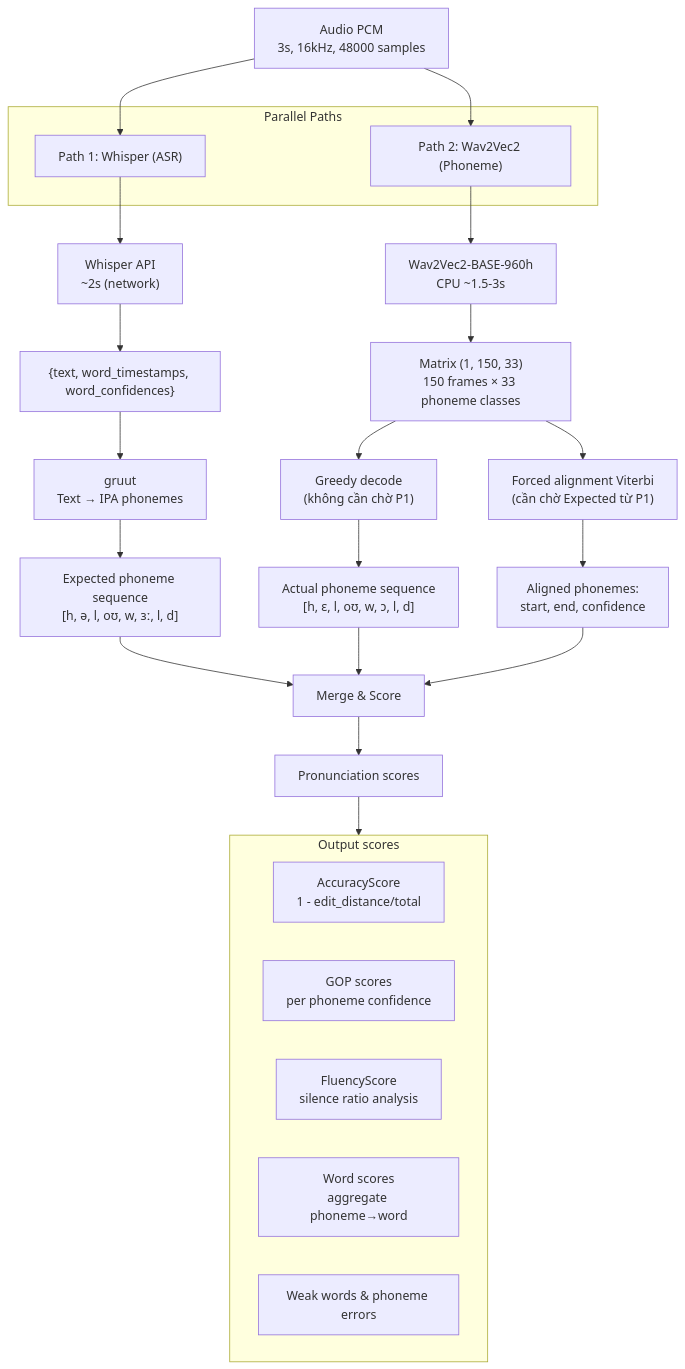
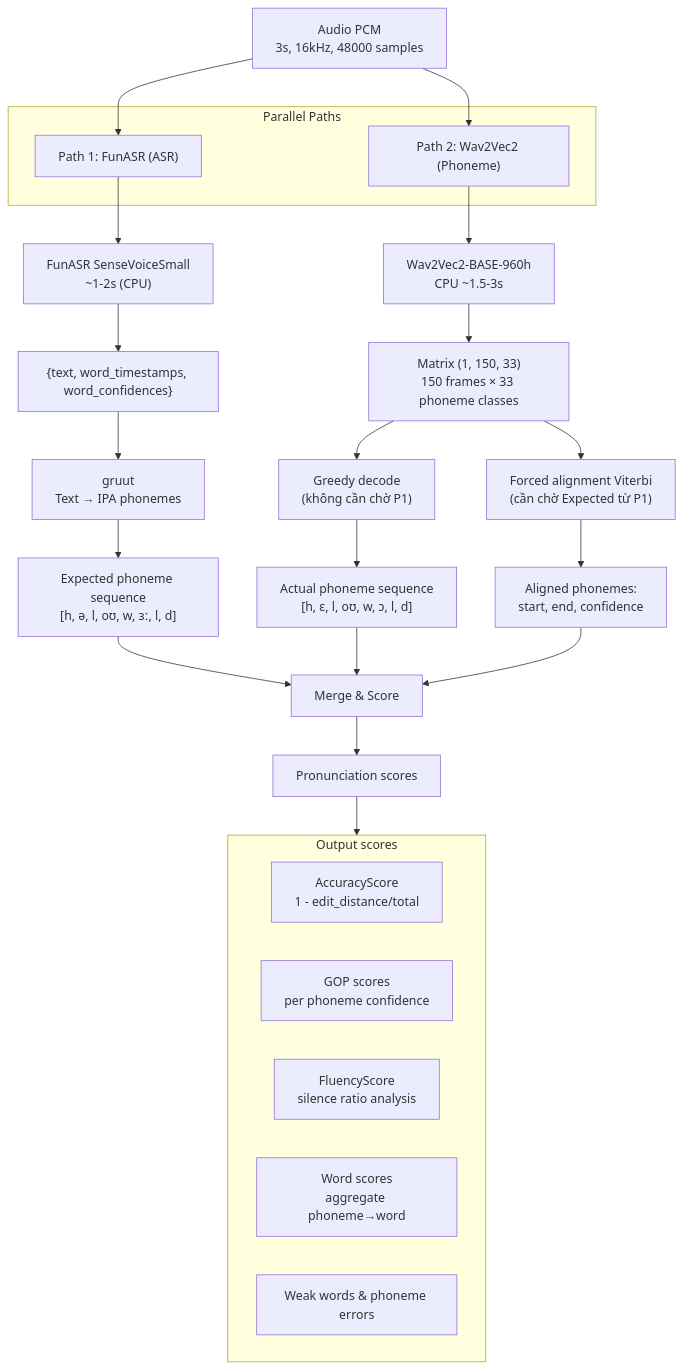
One commit to bexanhtuoi/E-Room changed the second of 3 diagrams in docs/pronunciation-workflow.md. Above: the diagram before and after it, drawn with Mermaid. The commit also changed other lines of this file and 17 other files, not shown here.

First line of the commit message:
feat: remove celery, sync mic mute with audio capture, update docs to match actual architecture

````diff
--- a/docs/pronunciation-workflow.md
+++ b/docs/pronunciation-workflow.md
@@ -19,40 +63,40 @@
 ```mermaid
 graph TD
     Audio["Audio PCM<br/>3s, 16kHz, 48000 samples"]
     
     subgraph Parallel["Parallel Paths"]
-        P1["Path 1: Whisper (ASR)"]
+        P1["Path 1: FunASR (ASR)"]
         P2["Path 2: Wav2Vec2 (Phoneme)"]
     end
     
     Audio --> P1
     Audio --> P2
     
-    P1 --> Whisper["Whisper API<br/>~2s (network)"]
-    Whisper --> Transcript["{text, word_timestamps, word_confidences}"]
+    P1 --> FunASR["FunASR SenseVoiceSmall<br/>~1-2s (CPU)"]
+    FunASR --> Transcript["{text, word_timestamps, word_confidences}"]
     Transcript --> Gruut["gruut<br/>Text → IPA phonemes"]
     Gruut --> Expected["Expected phoneme sequence<br/>[h, ə, l, oʊ, w, ɜː, l, d]"]
     
     P2 --> Wav2Vec2["Wav2Vec2-BASE-960h<br/>CPU ~1.5-3s"]
     Wav2Vec2 --> Matrix["Matrix (1, 150, 33)<br/>150 frames × 33 phoneme classes"]
     Matrix --> GreedyDecode["Greedy decode<br/>(không cần chờ P1)"]
     GreedyDecode --> Actual["Actual phoneme sequence<br/>[h, ɛ, l, oʊ, w, ɔ, l, d]"]
     Matrix --> ForcedAlign["Forced alignment Viterbi<br/>(cần chờ Expected từ P1)"]
     ForcedAlign --> Aligned["Aligned phonemes:<br/>start, end, confidence"]
     
     Expected --> Merge["Merge & Score"]
     Actual --> Merge
     Aligned --> Merge
     
     Merge --> Scores["Pronunciation scores"]
     
     subgraph Outputs["Output scores"]
         S1["AccuracyScore<br/>1 - edit_distance/total"]
         S2["GOP scores<br/>per phoneme confidence"]
         S3["FluencyScore<br/>silence ratio analysis"]
         S4["Word scores<br/>aggregate phoneme→word"]
         S5["Weak words & phoneme errors"]
     end
     
     Scores --> Outputs
 ```
````
